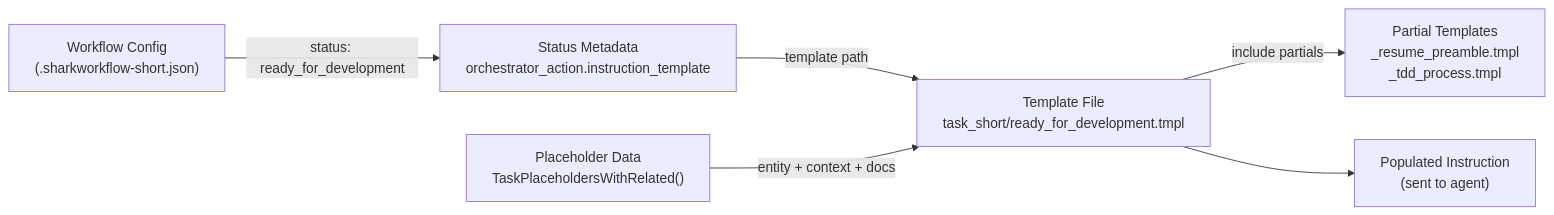
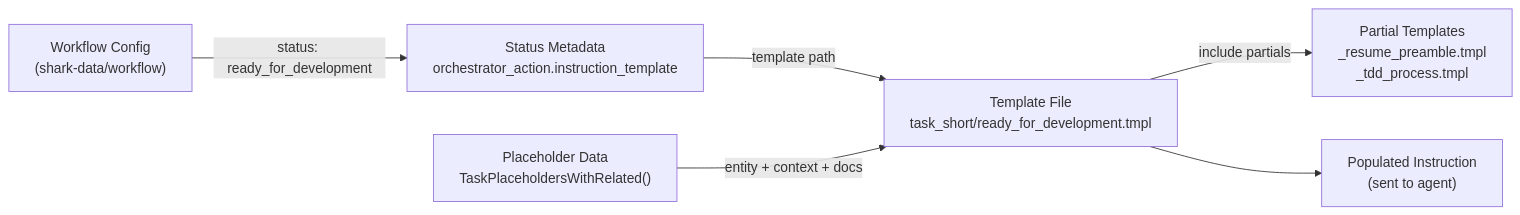
The seventh of 18 diagrams in docs/architectural-overview.md (jwwelbor/shark-task-manager), drawn with Mermaid before and after one commit. The commit also changed other lines of this file and 61 other files, not shown here.

````diff
--- a/docs/architectural-overview.md
+++ b/docs/architectural-overview.md
@@ -296,15 +296,15 @@
 ```mermaid
 graph LR
-    WF["Workflow Config\n(.sharkworkflow-short.json)"]
+    WF["Workflow Config\n(shark-data/workflow)"]
     META["Status Metadata\norchestrator_action.instruction_template"]
     TMPL["Template File\ntask_short/ready_for_development.tmpl"]
     PARTIALS["Partial Templates\n_resume_preamble.tmpl\n_tdd_process.tmpl"]
     PH["Placeholder Data\nTaskPlaceholdersWithRelated()"]
     OUT["Populated Instruction\n(sent to agent)"]
 
     WF -->|status: ready_for_development| META
     META -->|template path| TMPL
     TMPL -->|include partials| PARTIALS
     PH -->|entity + context + docs| TMPL
     TMPL --> OUT
 ```
````
